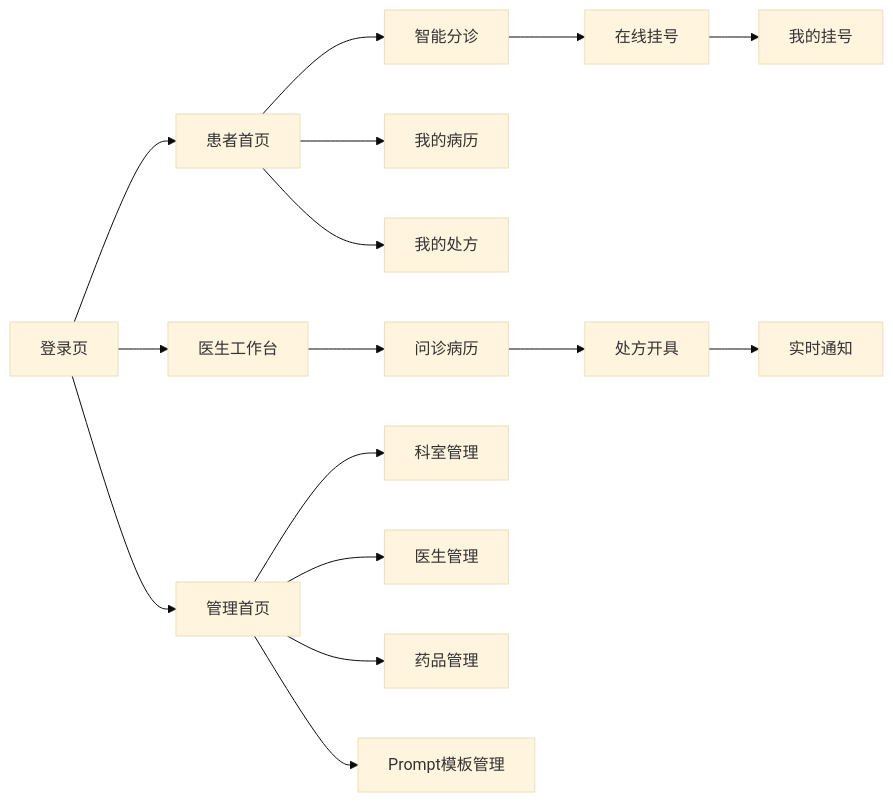
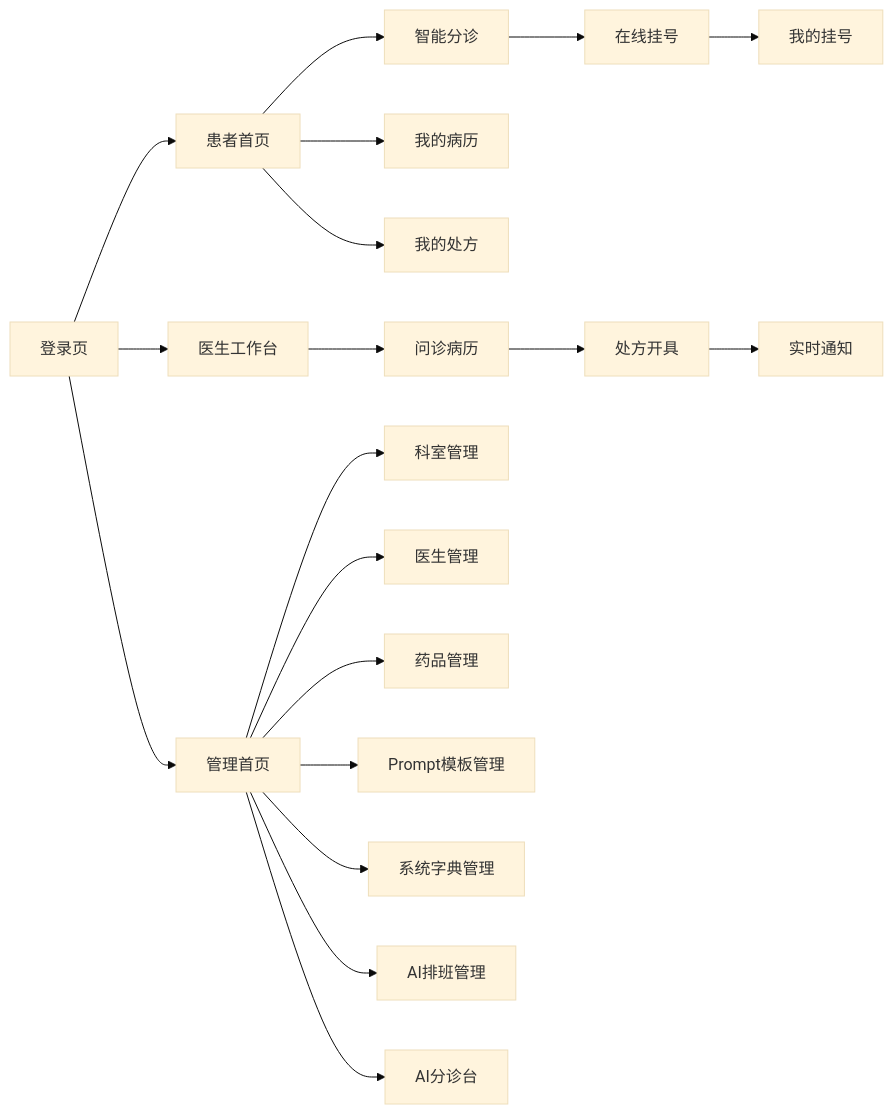
Before and after one commit to cloudydreamland/smart_cloud_brain: the diagram in docs/08-ui-interaction.md, drawn with Mermaid (base theme). The commit also changed other lines of this file and 187 other files, not shown here.

````diff
--- a/docs/08-ui-interaction.md
+++ b/docs/08-ui-interaction.md
@@ -27,18 +30,21 @@
 ```mermaid
 flowchart LR
   Login[登录页] --> PatientHome[患者首页]
   Login --> DoctorWorkbench[医生工作台]
   Login --> AdminHome[管理首页]
   PatientHome --> Triage[智能分诊]
   Triage --> Registration[在线挂号]
   Registration --> MyRegs[我的挂号]
   PatientHome --> MyRecords[我的病历]
   PatientHome --> MyPrescriptions[我的处方]
   DoctorWorkbench --> Record[问诊病历]
   Record --> Prescription[处方开具]
   Prescription --> Notification[实时通知]
   AdminHome --> Departments[科室管理]
   AdminHome --> Doctors[医生管理]
   AdminHome --> Drugs[药品管理]
   AdminHome --> Prompts[Prompt模板管理]
+  AdminHome --> Dicts[系统字典管理]
+  AdminHome --> Schedules[AI排班管理]
+  AdminHome --> TriageDesk[AI分诊台]
 ```
````
